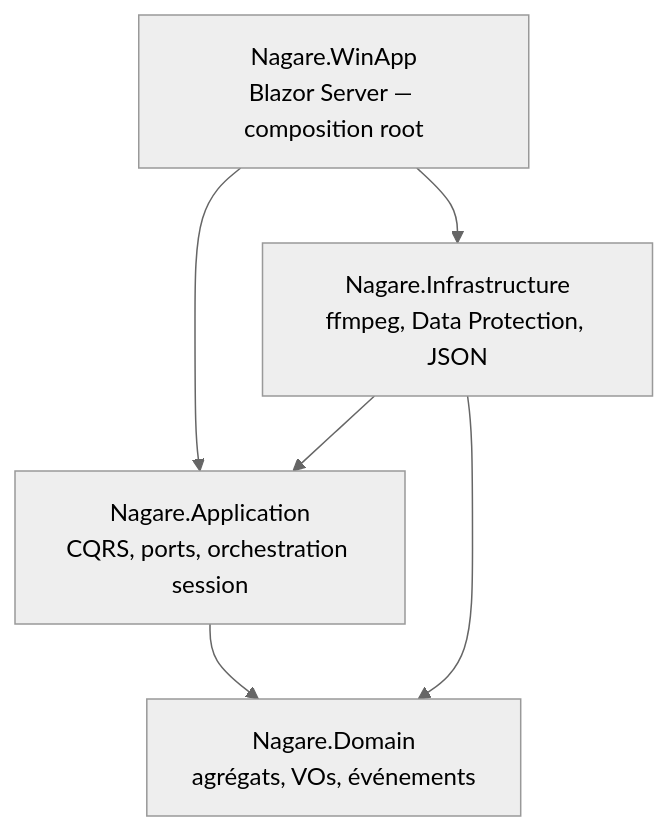
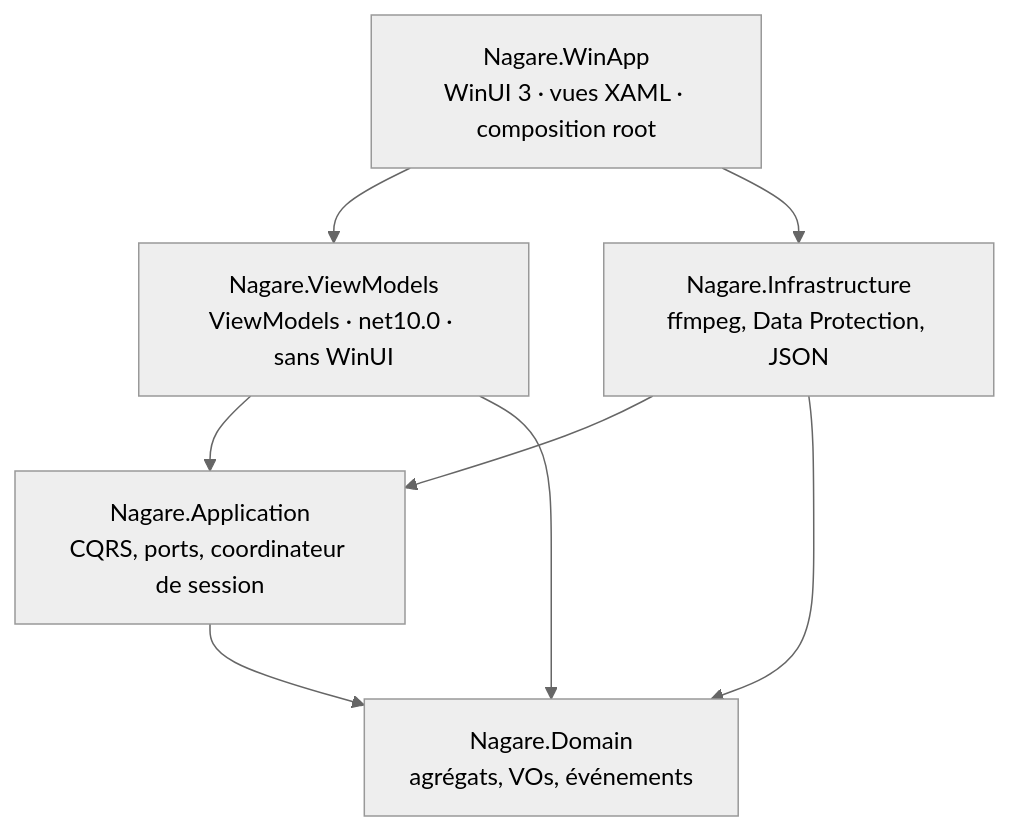
The first of 3 diagrams in docs/ARCHITECTURE.md (oliver254/Nagare), drawn with Mermaid (neutral theme) before and after one commit. The commit also changed other lines of this file and 81 other files, not shown here.

First line of the commit message:
feat: application Windows native (WinUI 3) — Nagare devient utilisable (#3)

````diff
--- a/docs/ARCHITECTURE.md
+++ b/docs/ARCHITECTURE.md
@@ -27,8 +29,10 @@
 ```mermaid
 graph TD
-    Web[Nagare.WinApp<br/>Blazor Server — composition root] --> App[Nagare.Application<br/>CQRS, ports, orchestration session]
-    Web --> Infra[Nagare.Infrastructure<br/>ffmpeg, Data Protection, JSON]
+    Win[Nagare.WinApp<br/>WinUI 3 · vues XAML · composition root] --> Vm[Nagare.ViewModels<br/>ViewModels · net10.0 · sans WinUI]
+    Win --> Infra[Nagare.Infrastructure<br/>ffmpeg, Data Protection, JSON]
+    Vm --> App[Nagare.Application<br/>CQRS, ports, coordinateur de session]
     Infra --> App
     App --> Dom[Nagare.Domain<br/>agrégats, VOs, événements]
     Infra --> Dom
+    Vm --> Dom
 ```
````
